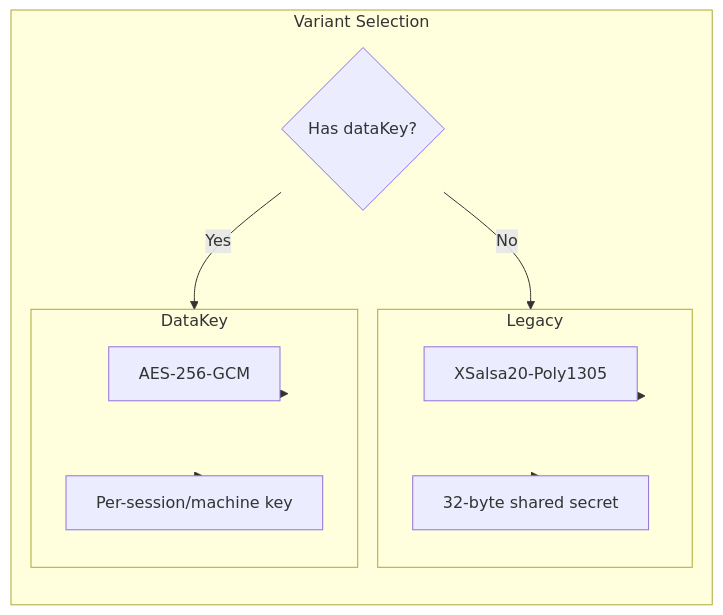
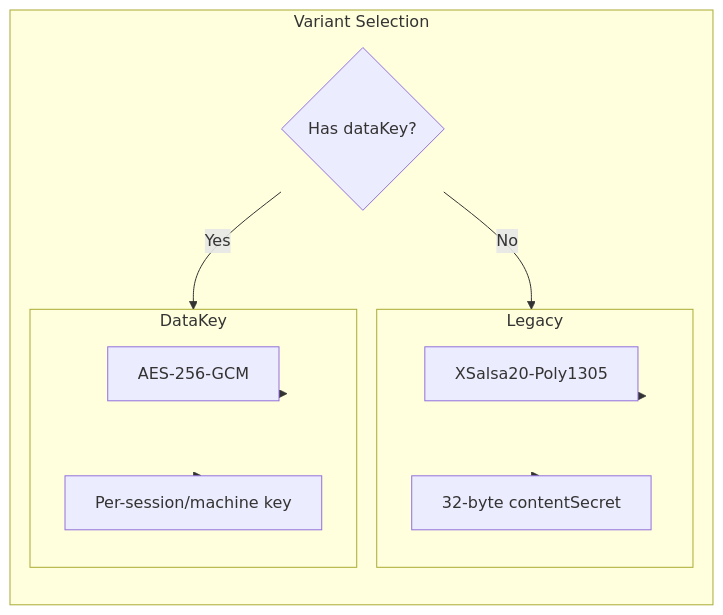
Before and after one commit to spetrosyan94/remcli: the second of 11 diagrams in docs/encryption.md, drawn with Mermaid. The commit also changed other lines of this file and 6 other files, not shown here.

````diff
--- a/docs/encryption.md
+++ b/docs/encryption.md
@@ -57,21 +57,21 @@
 ```mermaid
 graph LR
     subgraph "Variant Selection"
         Check{Has dataKey?}
         Check --> |No| Legacy[Legacy NaCl]
         Check --> |Yes| DataKey[DataKey AES-GCM]
     end
 
     subgraph "Legacy"
         L1[XSalsa20-Poly1305]
-        L2[32-byte shared secret]
+        L2[32-byte contentSecret]
     end
 
     subgraph "DataKey"
         D1[AES-256-GCM]
         D2[Per-session/machine key]
     end
 
     Legacy --> L1 & L2
     DataKey --> D1 & D2
 ```
````
